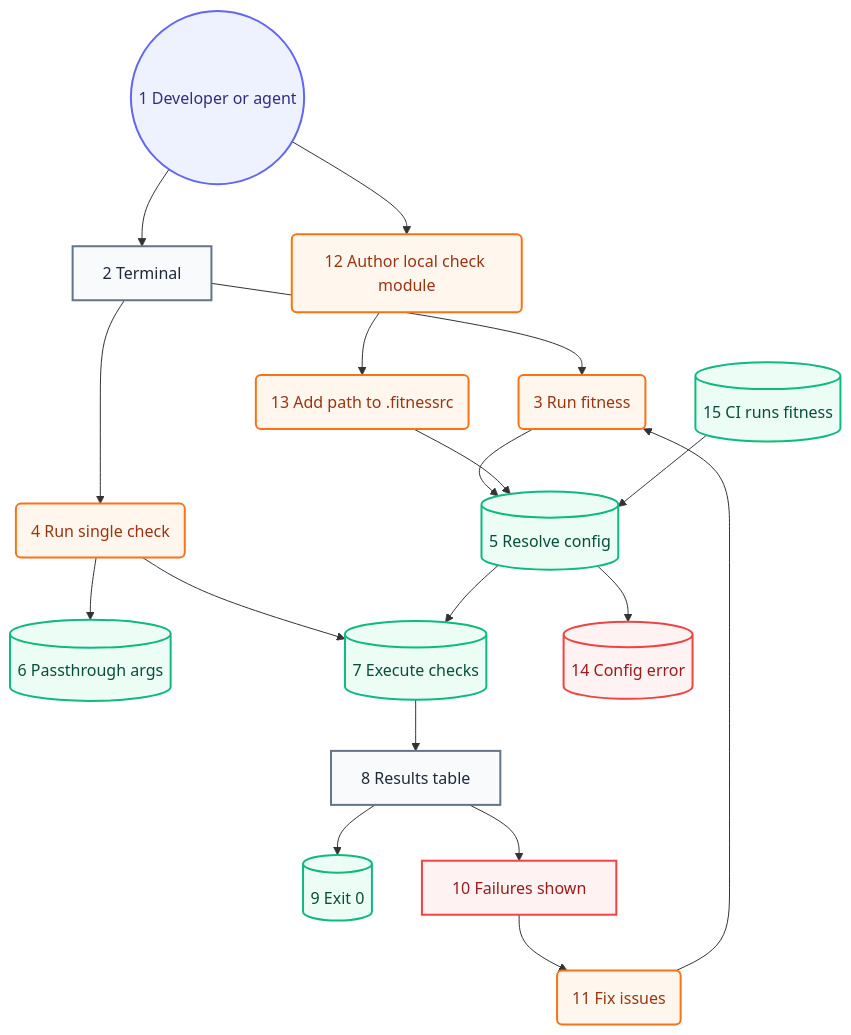
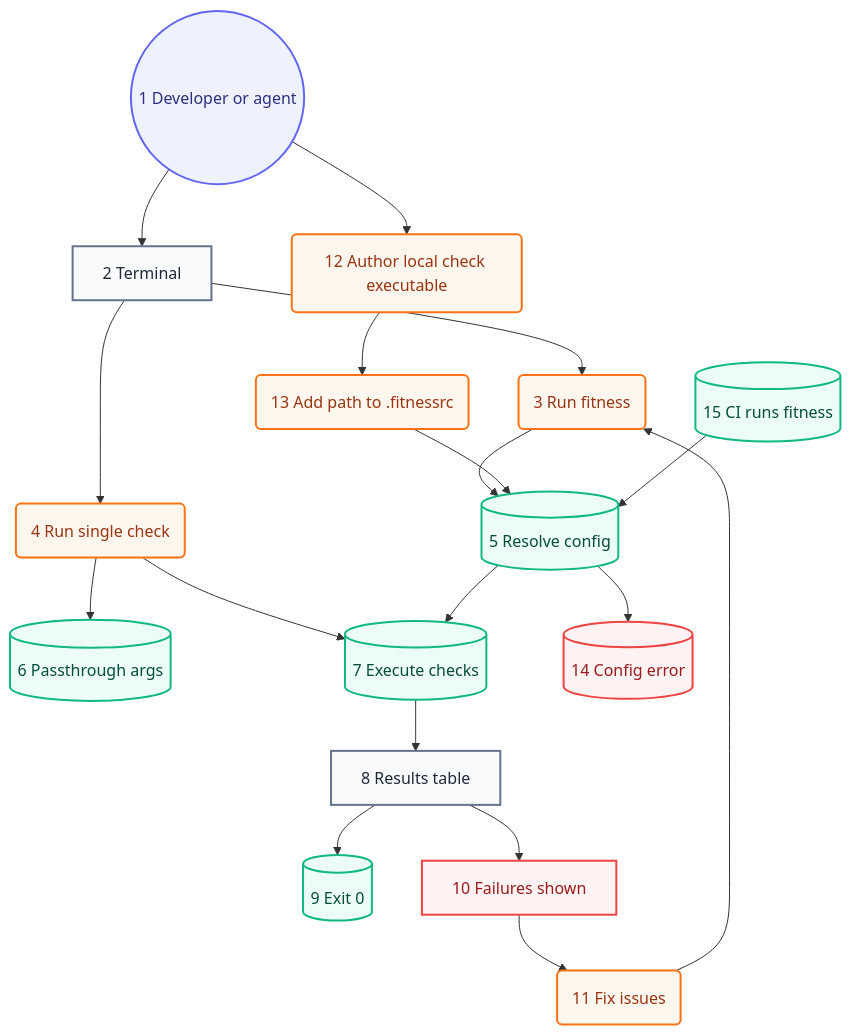
Before and after one commit to may-journal/fitness-runner: the second of 2 diagrams in architecture/05-user-journey.md, drawn with Mermaid. The commit also changed other lines of this file and 259 other files, not shown here.

````diff
--- a/architecture/05-user-journey.md
+++ b/architecture/05-user-journey.md
@@ -37,42 +37,42 @@
 ```mermaid
 flowchart TB
     dev((1 Developer or agent)):::persona
     terminal[2 Terminal]:::screen
     runFull(3 Run fitness):::action
     runSingle(4 Run single check):::action
     resolveConfig[(5 Resolve config)]:::system
     passArgs[(6 Passthrough args)]:::system
     executeChecks[(7 Execute checks)]:::system
     resultsTable[8 Results table]:::screen
     exitZero[(9 Exit 0)]:::system
     failuresShown[10 Failures shown]:::blocked
     fixIssues(11 Fix issues):::action
-    authorLocal(12 Author local check module):::action
+    authorLocal(12 Author local check executable):::action
     editRc(13 Add path to .fitnessrc):::action
     configError[(14 Config error)]:::blocked
     ciRun[(15 CI runs fitness)]:::system
 
     dev --> terminal
     dev --> authorLocal
     terminal --> runFull
     terminal --> runSingle
     runFull --> resolveConfig
     runSingle --> executeChecks
     runSingle --> passArgs
     resolveConfig --> executeChecks
     resolveConfig --> configError
     executeChecks --> resultsTable
     resultsTable --> exitZero
     resultsTable --> failuresShown
     failuresShown --> fixIssues
     fixIssues --> runFull
     authorLocal --> editRc
     editRc --> resolveConfig
     ciRun --> resolveConfig
 
     classDef persona fill:#eef2ff,stroke:#6366f1,color:#312e81,stroke-width:2px
     classDef screen fill:#f8fafc,stroke:#64748b,color:#1e293b,stroke-width:2px
     classDef action fill:#fff7ed,stroke:#f97316,color:#9a3412,stroke-width:2px
     classDef system fill:#ecfdf5,stroke:#10b981,color:#064e3b,stroke-width:2px
     classDef blocked fill:#fef2f2,stroke:#ef4444,color:#991b1b,stroke-width:2px
 ```
````
